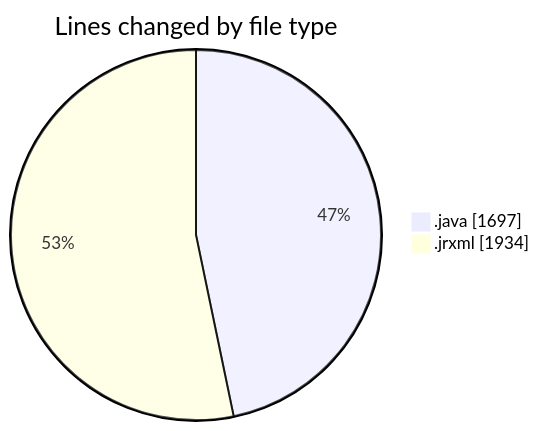
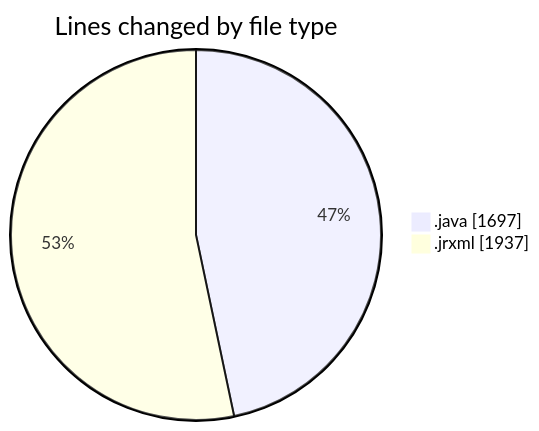
One commit to ricardozamudiocil/code-tracking changed the first of 2 diagrams in 2026-09-30/cilreports__workspace_/README.md. Above: the diagram before and after it, drawn with Mermaid. The commit also changed other lines of this file and 1 other file, not shown here.

````diff
--- a/2026-09-30/cilreports__workspace_/README.md
+++ b/2026-09-30/cilreports__workspace_/README.md
@@ -24,6 +24,6 @@
 ```mermaid
 pie showData
 title Lines changed by file type
 ".java" : 1697
-".jrxml" : 1934
+".jrxml" : 1937
 ```
````
